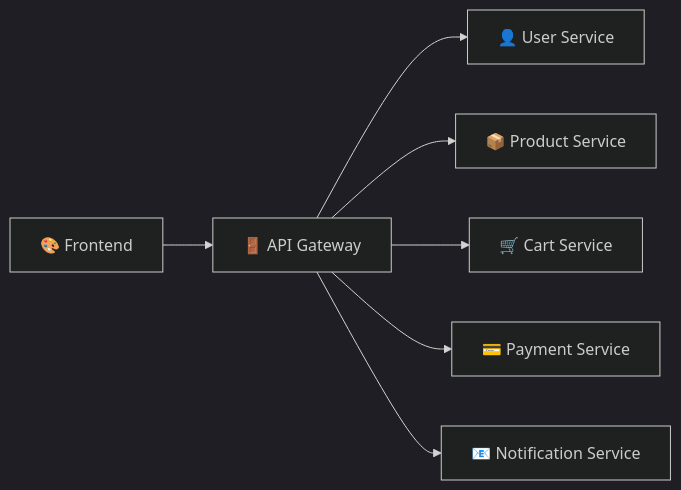
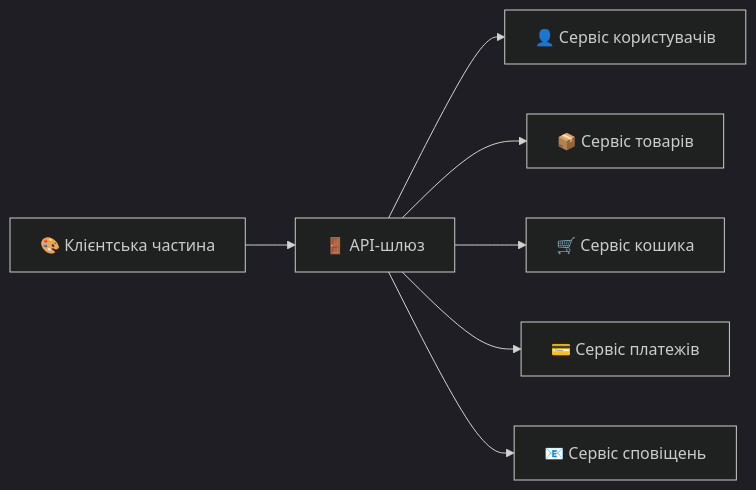
Before and after one commit to olroi421/course-web: the third of 17 diagrams in presentations/presentation-01.md, drawn with Mermaid (dark theme). The commit also changed other lines of this file and 4 other files, not shown here.

````diff
--- a/presentations/presentation-01.md
+++ b/presentations/presentation-01.md
@@ -91,9 +104,9 @@
 ```mermaid
 graph LR
-    A[🎨 Frontend] --> B[🚪 API Gateway]
-    B --> C[👤 User Service]
-    B --> D[📦 Product Service]
-    B --> E[🛒 Cart Service]
-    B --> F[💳 Payment Service]
-    B --> G[📧 Notification Service]
+    A[🎨 Клієнтська частина] --> B[🚪 API-шлюз]
+    B --> C[👤 Сервіс користувачів]
+    B --> D[📦 Сервіс товарів]
+    B --> E[🛒 Сервіс кошика]
+    B --> F[💳 Сервіс платежів]
+    B --> G[📧 Сервіс сповіщень]
 ```
````
